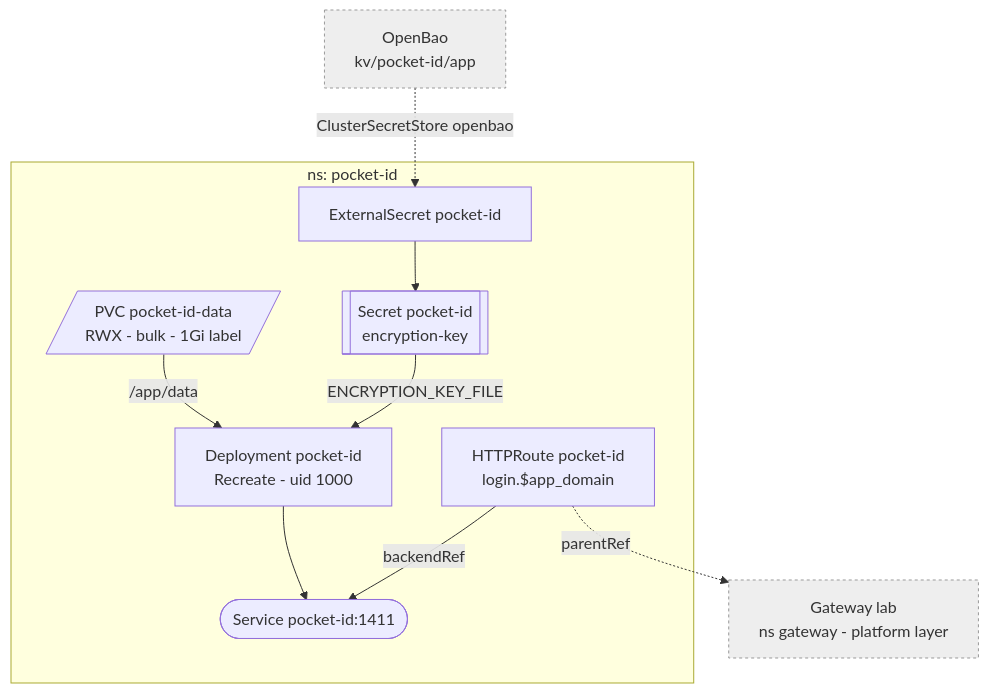
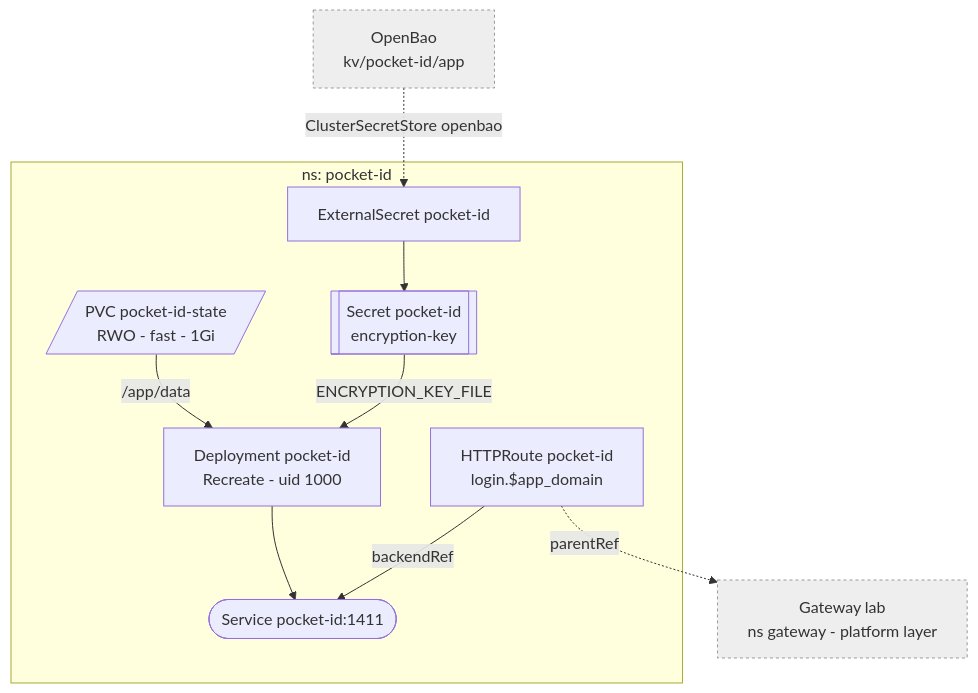
One commit to Sojamann/homelab-apps changed the diagram in docs/pocket-id.md. Above: the diagram before and after it, drawn with Mermaid. The commit also changed other lines of this file and 2 other files, not shown here.

Commit message:
pocket-id: migrating storage to fast

````diff
--- a/docs/pocket-id.md
+++ b/docs/pocket-id.md
@@ -7,17 +7,17 @@
 ```mermaid
 graph TD
   subgraph pid["ns: pocket-id"]
     ES["ExternalSecret pocket-id"] --> SEC[["Secret pocket-id<br/>encryption-key"]]
     SRV["Deployment pocket-id<br/>Recreate - uid 1000"]
     SRV --> SVC(["Service pocket-id:1411"])
-    PVC[/"PVC pocket-id-data<br/>RWX - bulk - 1Gi label"/] -->|/app/data| SRV
+    PVC[/"PVC pocket-id-state<br/>RWO - fast - 1Gi"/] -->|/app/data| SRV
     SEC -->|ENCRYPTION_KEY_FILE| SRV
     RT["HTTPRoute pocket-id<br/>login.$app_domain"] -->|backendRef| SVC
   end
 
   BAO["OpenBao<br/>kv/pocket-id/app"] -.->|ClusterSecretStore openbao| ES
   RT -.->|parentRef| GW["Gateway lab<br/>ns gateway - platform layer"]
 
   classDef ext fill:#eee,stroke:#999,stroke-dasharray:3 3;
   class GW,BAO ext;
 ```
````
